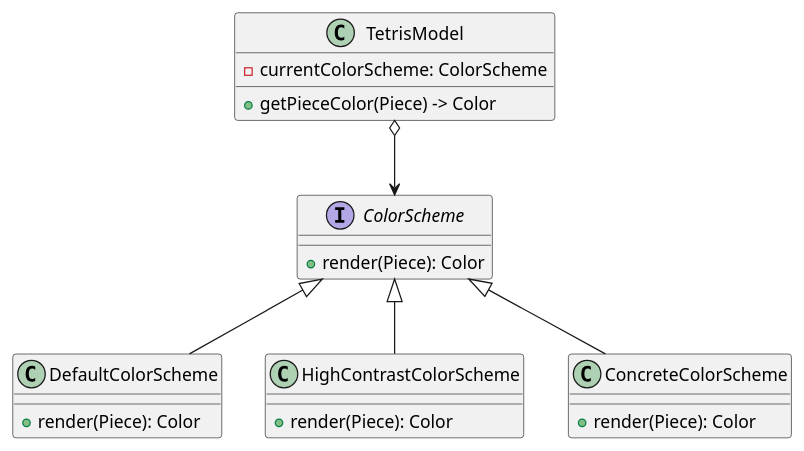
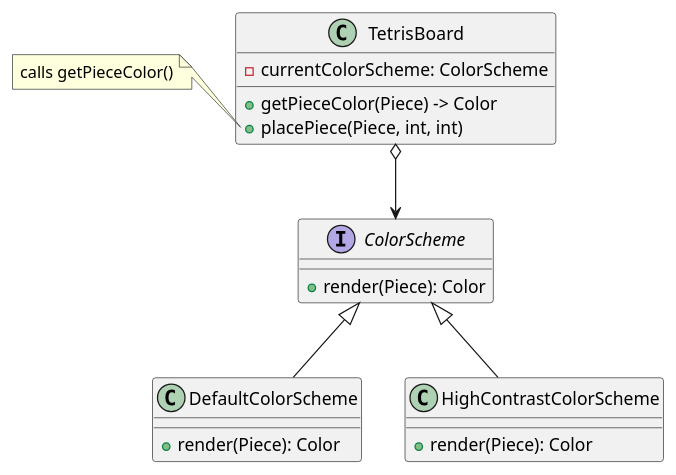
Before and after one commit to jimmy-zx/SAC: the diagram in docs/colorscheme.puml, drawn with PlantUML. The commit also changed 1 other file, not shown here.

Commit message:
[docs] Added UML for spin

```diff
--- a/docs/colorscheme.puml
+++ b/docs/colorscheme.puml
@@ -1,29 +1,29 @@
 @startuml
 
-class TetrisModel {
+class TetrisBoard {
 - currentColorScheme: ColorScheme
 + getPieceColor(Piece) -> Color
++ placePiece(Piece, int, int)
 }
+
+note left of TetrisBoard::placePiece
+calls getPieceColor()
+end note
 
 interface ColorScheme {
 + render(Piece): Color
 }
 
 class DefaultColorScheme {
 + render(Piece): Color
 }
 
 class HighContrastColorScheme {
 + render(Piece): Color
 }
 
-class ConcreteColorScheme {
-+ render(Piece): Color
-}
-
-TetrisModel o--> ColorScheme
+TetrisBoard o--> ColorScheme
 ColorScheme <|-- DefaultColorScheme
 ColorScheme <|-- HighContrastColorScheme
-ColorScheme <|-- ConcreteColorScheme
 
 @enduml
```
